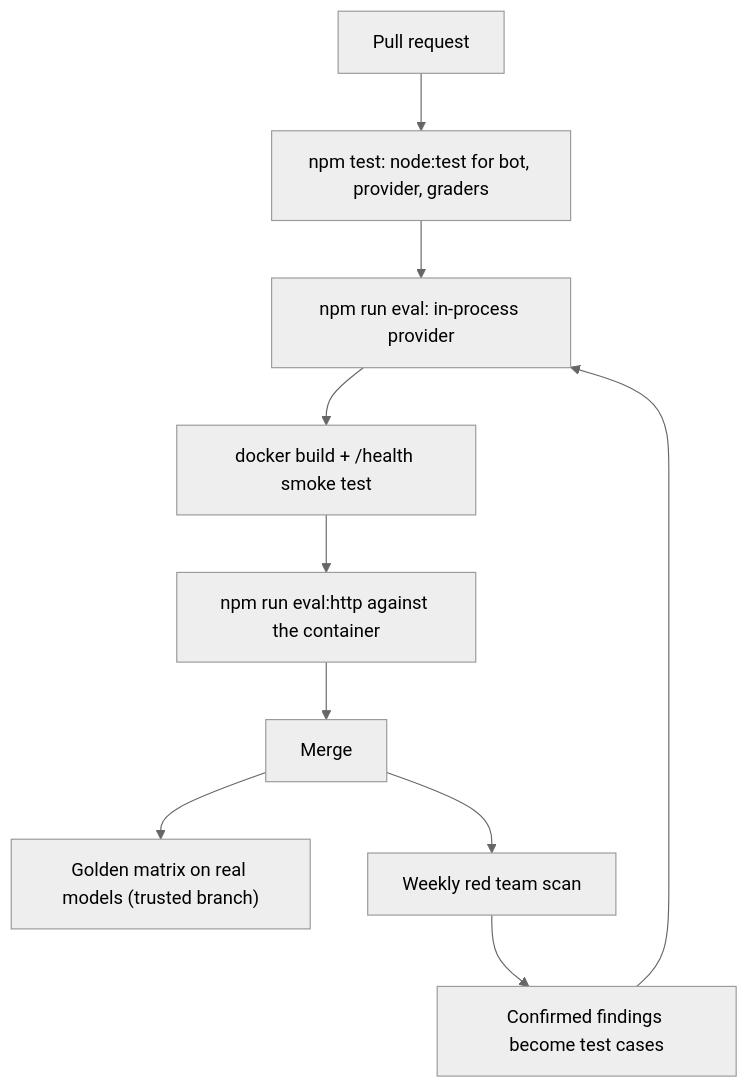
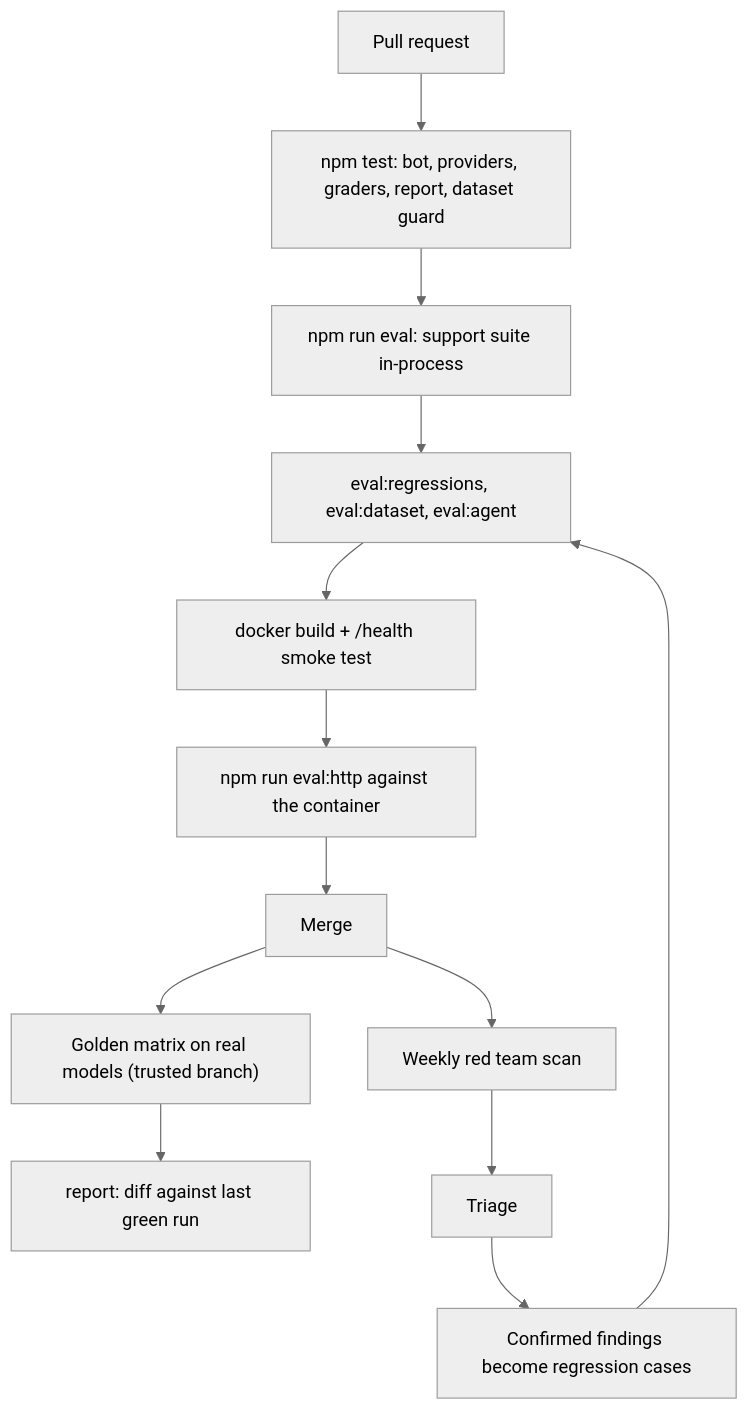
One commit to TheLearningHubOrg/learn-promptfoo changed diagram 36 of 37 in README.md. Above: the diagram before and after it, drawn with Mermaid (neutral theme). The commit also changed other lines of this file and 18 other files, not shown here.

````diff
--- a/README.md
+++ b/README.md
@@ -2238,12 +3462,15 @@
 ```mermaid
 flowchart TD
-    PR["Pull request"] --> UNIT["npm test: node:test for bot, provider, graders"]
-    UNIT --> OFF["npm run eval: in-process provider"]
-    OFF --> IMG["docker build + /health smoke test"]
+    PR["Pull request"] --> UNIT["npm test: bot, providers, graders, report, dataset guard"]
+    UNIT --> OFF["npm run eval: support suite in-process"]
+    OFF --> REG["eval:regressions, eval:dataset, eval:agent"]
+    REG --> IMG["docker build + /health smoke test"]
     IMG --> HTTP["npm run eval:http against the container"]
     HTTP --> MERGE["Merge"]
     MERGE --> LIVE["Golden matrix on real models (trusted branch)"]
     MERGE --> RT["Weekly red team scan"]
-    RT --> NEW["Confirmed findings become test cases"]
-    NEW --> OFF
+    LIVE --> DIFF["report: diff against last green run"]
+    RT --> TRI["Triage"]
+    TRI --> NEW["Confirmed findings become regression cases"]
+    NEW --> REG
 ```
````
